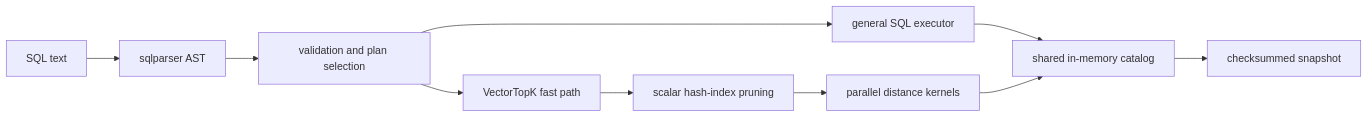
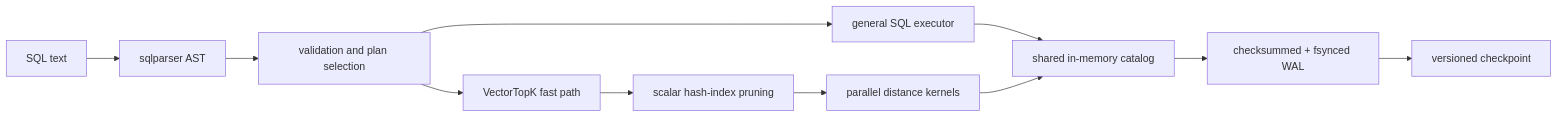
The diagram in docs/ARCHITECTURE.md (kamilsj/vectors), drawn with Mermaid before and after one commit. The commit also changed other lines of this file and 23 other files, not shown here.

````diff
--- a/docs/ARCHITECTURE.md
+++ b/docs/ARCHITECTURE.md
@@ -10,12 +10,13 @@
 ```mermaid
 flowchart LR
     SQL["SQL text"] --> Parser["sqlparser AST"]
     Parser --> Planner["validation and plan selection"]
     Planner --> General["general SQL executor"]
     Planner --> TopK["VectorTopK fast path"]
     General --> Catalog["shared in-memory catalog"]
     TopK --> Index["scalar hash-index pruning"]
     Index --> Kernels["parallel distance kernels"]
     Kernels --> Catalog
-    Catalog --> Snapshot["checksummed snapshot"]
+    Catalog --> WAL["checksummed + fsynced WAL"]
+    WAL --> Snapshot["versioned checkpoint"]
 ```
````
